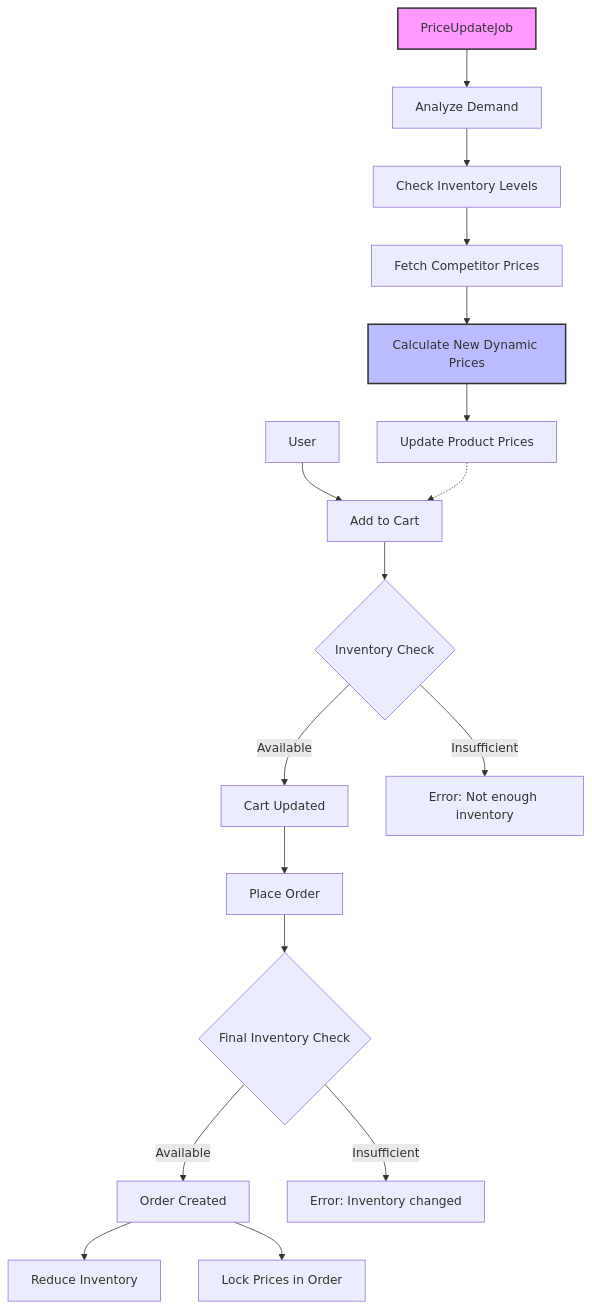
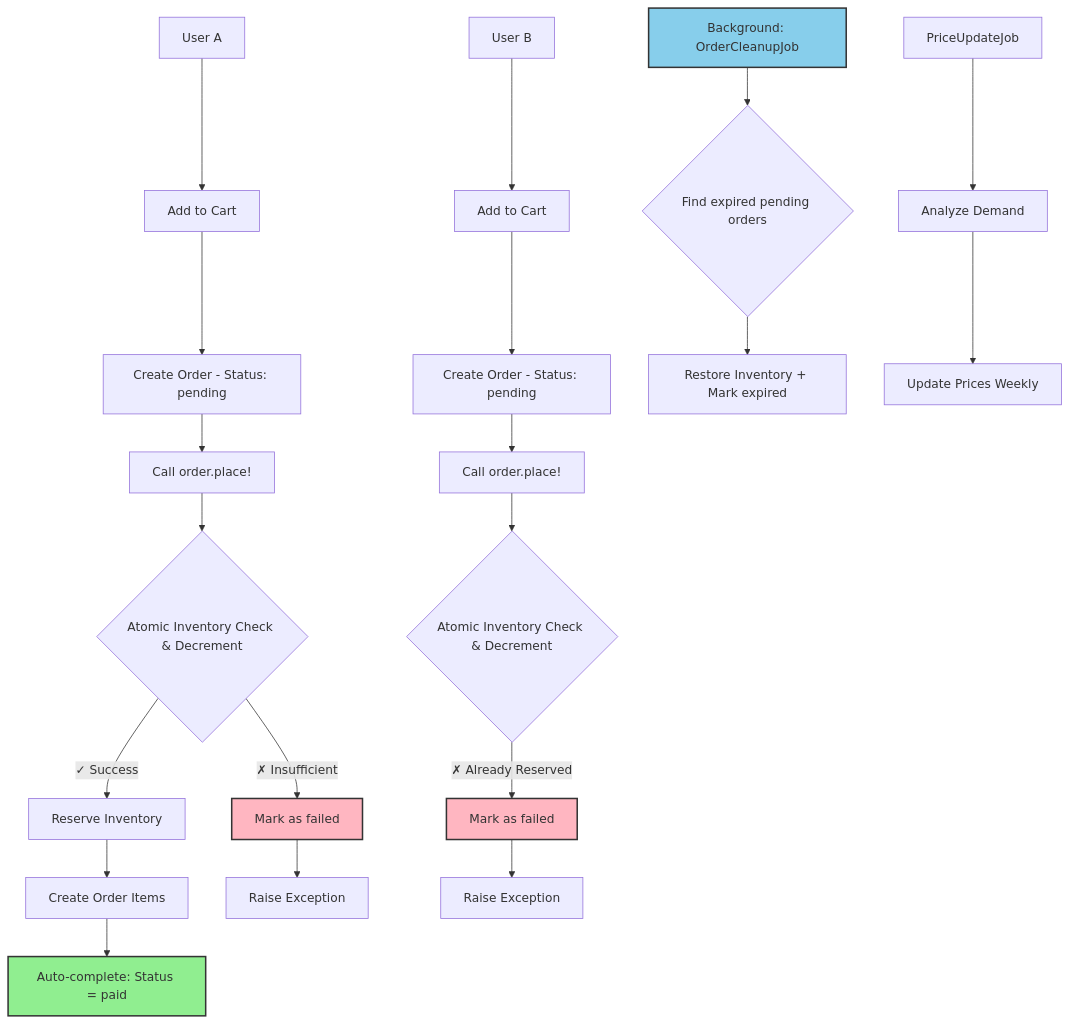
The diagram in README.md (mengrui-song/tablecheck-ruby-take-home), drawn with Mermaid before and after one commit. The commit also changed other lines of this file, not shown here.

Commit message:
docs: update README to enhance clarity on race condition prevention and order management features

````diff
--- a/README.md
+++ b/README.md
@@ -72,26 +108,35 @@
 ```mermaid
 graph TD
-    A[User] --> B[Add to Cart]
-    B --> C{Inventory Check}
-    C -->|Available| D[Cart Updated]
-    C -->|Insufficient| E[Error: Not enough inventory]
+    A[User A] --> B[Add to Cart]
+    A2[User B] --> B2[Add to Cart]
 
-    D --> F[Place Order]
-    F --> G{Final Inventory Check}
-    G -->|Available| H[Order Created]
-    G -->|Insufficient| I[Error: Inventory changed]
+    B --> C[Create Order - Status: pending]
+    B2 --> C2[Create Order - Status: pending]
 
-    H --> J[Reduce Inventory]
-    H --> K[Lock Prices in Order]
+    C --> D[Call order.place!]
+    C2 --> D2[Call order.place!]
 
-    L[PriceUpdateJob] --> M[Analyze Demand]
-    M --> N[Check Inventory Levels]
-    N --> O[Fetch Competitor Prices]
-    O --> P[Calculate New Dynamic Prices]
-    P --> Q[Update Product Prices]
+    D --> E{Atomic Inventory Check & Decrement}
+    D2 --> E2{Atomic Inventory Check & Decrement}
 
-    Q -.-> B
+    E -->|✓ Success| F[Reserve Inventory]
+    E -->|✗ Insufficient| G[Mark as failed]
+    E2 -->|✗ Already Reserved| G2[Mark as failed]
 
-    style L fill:#f9f,stroke:#333,stroke-width:2px
-    style P fill:#bbf,stroke:#333,stroke-width:2px
+    F --> H[Create Order Items]
+    H --> I[Auto-complete: Status = paid]
+
+    G --> J[Raise Exception]
+    G2 --> J2[Raise Exception]
+
+    K[Background: OrderCleanupJob] --> L{Find expired pending orders}
+    L --> M[Restore Inventory + Mark expired]
+
+    N[PriceUpdateJob] --> O[Analyze Demand]
+    O --> P[Update Prices Weekly]
+
+    style I fill:#90EE90,stroke:#333,stroke-width:2px
+    style G fill:#FFB6C1,stroke:#333,stroke-width:2px
+    style G2 fill:#FFB6C1,stroke:#333,stroke-width:2px
+    style K fill:#87CEEB,stroke:#333,stroke-width:2px
 ```
````
